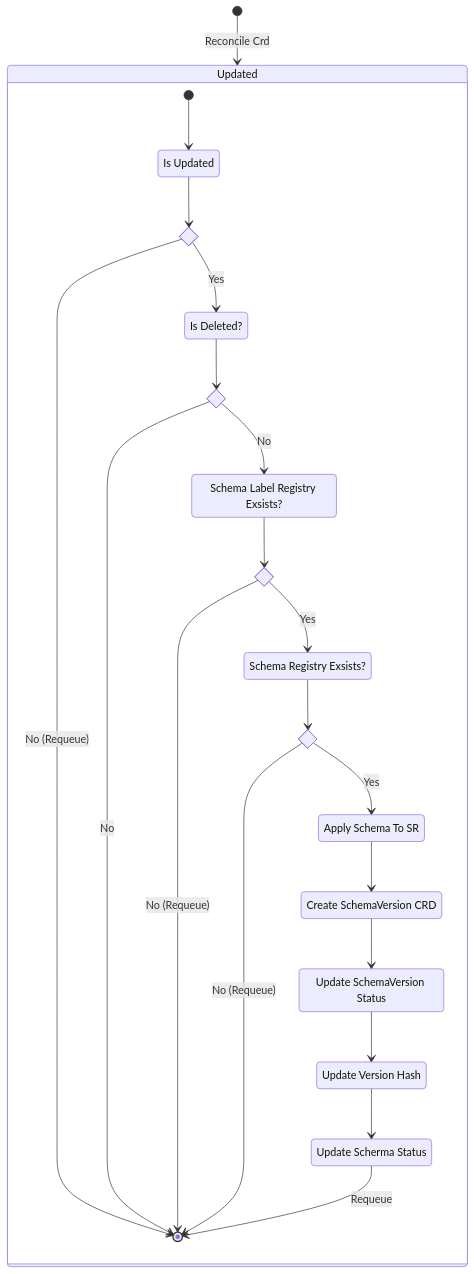
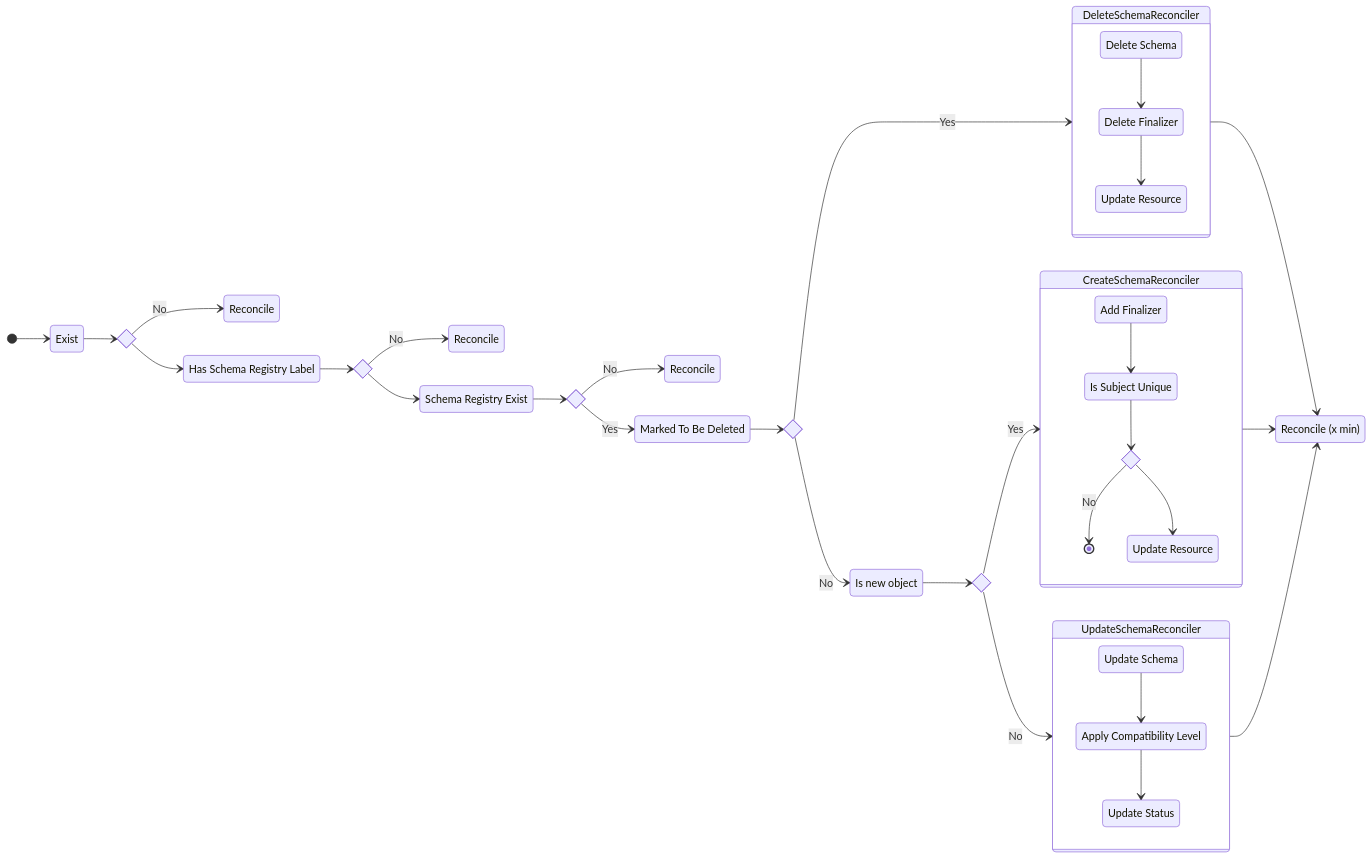
Before and after one commit to steffen-karlsson/schema-registry-operator: the diagram in docs/diagrams/schema_reconciliation_loop.md, drawn with Mermaid.

Commit message:
Update reconciliation diagram

````diff
--- a/docs/diagrams/schema_reconciliation_loop.md
+++ b/docs/diagrams/schema_reconciliation_loop.md
@@ -3,49 +3,82 @@
 ```mermaid
 stateDiagram-v2
-    [*] -->  Updated: Reconcile Crd
+    direction LR
+    %% Hack to mack them separate
+    classDef reconcile fill:#7FFFD4
 
-    state Updated {
-        is_deleted: Is Deleted?
-        state if_is_deleted <<choice>>
+    reconcile1:::reconcile: Reconcile
+    reconcile2:::reconcile: Reconcile
+    reconcile3:::reconcile: Reconcile
+    reconcile4:::reconcile: Reconcile (x min)
+    exist: Exist
+    state is_exist <<choice>>
 
-        is_updated: Is Updated
-        state if_is_updated <<choice>>
+    schema_registry_label: Has Schema Registry Label
+    state has_schema_registry_label <<choice>>
 
-        sr_exist: Schema Registry Exsists?
-        state if_sr_exist <<choice>>
+    schema_registry_exist: Schema Registry Exist
+    state is_schema_registry_exist <<choice>>
 
-        sr_label_exsist: Schema Label Registry Exsists?
-        state if_sr_label_exist <<choice>>
+    marked_to_be_deleted: Marked To Be Deleted
+    state is_marked_to_be_deleted <<choice>>
 
-        apply_schema: Apply Schema To SR
-        create_schema_version: Create SchemaVersion CRD
-        update_schema_version_status: Update SchemaVersion Status
-        update_version_hash: Update Version Hash
-        update_schema_status: Update Scherma Status
+    new_object: Is new object
+    state is_new_object <<choice>>
+
+    [*] -->  exist
+    exist -->  is_exist
+    is_exist --> reconcile1: No
+
+    is_exist --> schema_registry_label
+    schema_registry_label --> has_schema_registry_label
+    has_schema_registry_label --> reconcile2: No
+
+    has_schema_registry_label --> schema_registry_exist
+    schema_registry_exist --> is_schema_registry_exist
+    is_schema_registry_exist --> reconcile3: No
+
+    is_schema_registry_exist --> marked_to_be_deleted: Yes
+    marked_to_be_deleted --> is_marked_to_be_deleted
+    is_marked_to_be_deleted --> DeleteSchemaReconciler: Yes
+
+    is_marked_to_be_deleted --> new_object: No
+    new_object --> is_new_object
+    is_new_object --> CreateSchemaReconciler: Yes
+
+    is_new_object --> UpdateSchemaReconciler: No
 
 
-        [*] --> is_updated
+    state DeleteSchemaReconciler {
+        delete_schema: Delete Schema
+        delete_finalizer: Delete Finalizer
+        update_resource_delete: Update Resource
 
-        is_updated --> if_is_updated
-        if_is_updated --> is_deleted: Yes
-        if_is_updated --> [*]: No (Requeue)
+        delete_schema --> delete_finalizer
+        delete_finalizer --> update_resource_delete
+    }
 
-        is_deleted --> if_is_deleted
-        if_is_deleted --> sr_label_exsist: No
-        if_is_deleted --> [*]: No
+    state CreateSchemaReconciler {
+        add_finalizer: Add Finalizer
+        subject_unique: Is Subject Unique
+        state is_subject_unique <<choice>>
+        update_resource_create: Update Resource
 
-        sr_label_exsist --> if_sr_label_exist
-        if_sr_label_exist --> sr_exist: Yes
-        if_sr_label_exist --> [*]: No (Requeue)
+        add_finalizer --> subject_unique
+        subject_unique --> is_subject_unique
+        is_subject_unique --> [*]: No
+        is_subject_unique --> update_resource_create
+    }
 
-        sr_exist --> if_sr_exist
-        if_sr_exist --> [*]: No (Requeue)
-        if_sr_exist --> apply_schema: Yes
+    state UpdateSchemaReconciler {
+        update_schema: Update Schema
+        apply_compatibilty_level: Apply Compatibility Level
+        update_status: Update Status
 
-        apply_schema --> create_schema_version
-        create_schema_version --> update_schema_version_status
-        update_schema_version_status --> update_version_hash
-        update_version_hash --> update_schema_status
-        update_schema_status --> [*]: Requeue
+        update_schema --> apply_compatibilty_level
+        apply_compatibilty_level --> update_status
     }
+
+    DeleteSchemaReconciler --> reconcile4
+    CreateSchemaReconciler --> reconcile4
+    UpdateSchemaReconciler --> reconcile4
 ```
````
